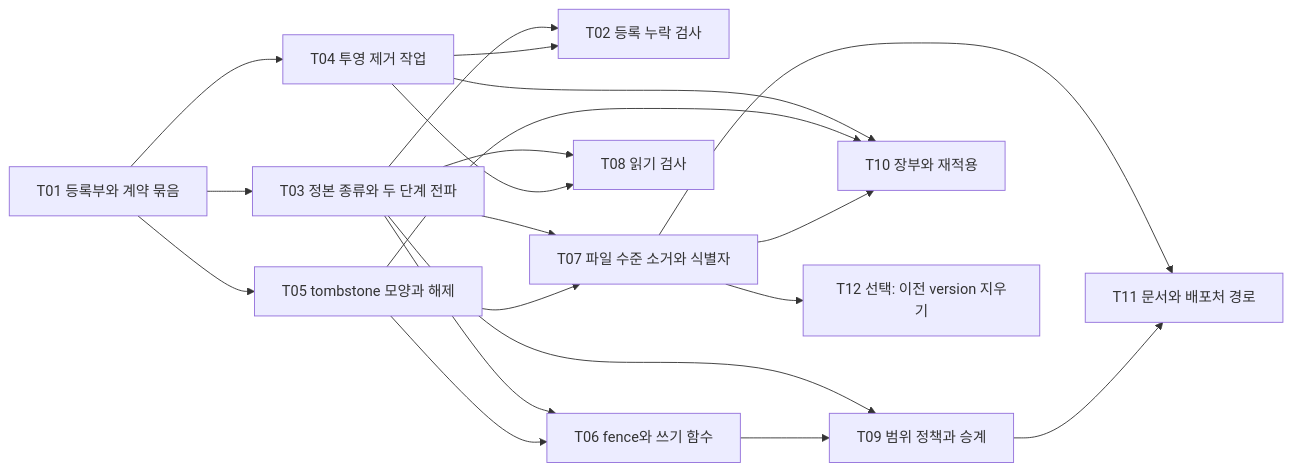
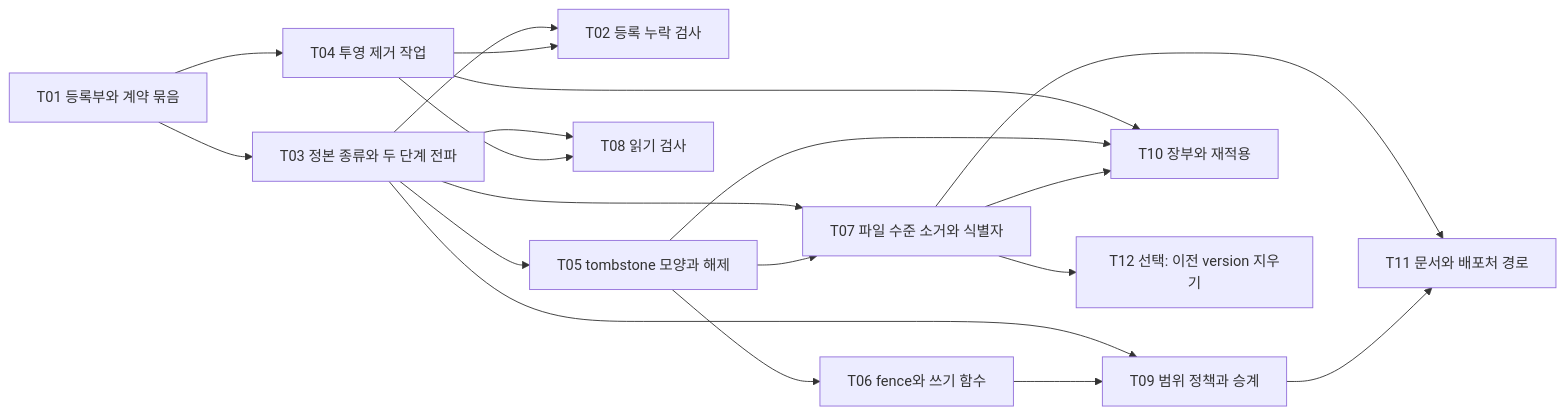
The third of 3 diagrams in docs/specs/2026-11-21-I04-invalidation.md (nohdol97/PKI), drawn with Mermaid before and after one commit. The commit also changed other lines of this file, not shown here.

````diff
--- a/docs/specs/2026-11-21-I04-invalidation.md
+++ b/docs/specs/2026-11-21-I04-invalidation.md
@@ -388,22 +431,21 @@
 ```mermaid
 flowchart LR
   T01["T01 등록부와 계약 묶음"] --> T03["T03 정본 종류와 두 단계 전파"]
   T01 --> T04["T04 투영 제거 작업"]
   T03 --> T02["T02 등록 누락 검사"]
   T04 --> T02
-  T01 --> T05["T05 tombstone 모양과 해제"]
-  T03 --> T06["T06 fence와 쓰기 함수"]
-  T05 --> T06
+  T03 --> T05["T05 tombstone 모양과 해제"]
+  T05 --> T06["T06 fence와 쓰기 함수"]
   T03 --> T07["T07 파일 수준 소거와 식별자"]
   T05 --> T07
   T03 --> T08["T08 읽기 검사"]
   T04 --> T08
   T03 --> T09["T09 범위 정책과 승계"]
   T06 --> T09
   T04 --> T10["T10 장부와 재적용"]
   T05 --> T10
   T07 --> T10
   T07 --> T11["T11 문서와 배포처 경로"]
   T09 --> T11
   T07 --> T12["T12 선택: 이전 version 지우기"]
 ```
````
